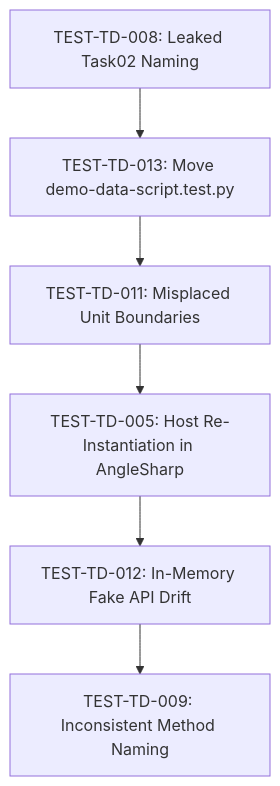
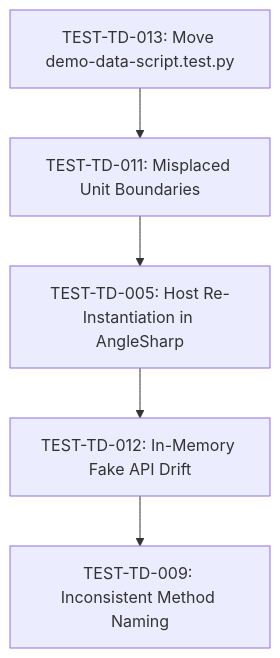
One commit to ColmKenna/Field-Sales changed the diagram in docs/test-technical-debt-backlog.md. Above: the diagram before and after it, drawn with Mermaid. The commit also changed other lines of this file, not shown here.

Commit message:
docs: record TEST-TD-008 completion in test technical debt backlog

````diff
--- a/docs/test-technical-debt-backlog.md
+++ b/docs/test-technical-debt-backlog.md
@@ -86,8 +87,7 @@
 ```mermaid
 graph TD
-    A["TEST-TD-008: Leaked Task02 Naming"] --> B["TEST-TD-013: Move demo-data-script.test.py"]
-    B --> C["TEST-TD-011: Misplaced Unit Boundaries"]
-    C --> D["TEST-TD-005: Host Re-Instantiation in AngleSharp"]
-    D --> E["TEST-TD-012: In-Memory Fake API Drift"]
-    E --> F["TEST-TD-009: Inconsistent Method Naming"]
+    A["TEST-TD-013: Move demo-data-script.test.py"] --> B["TEST-TD-011: Misplaced Unit Boundaries"]
+    B --> C["TEST-TD-005: Host Re-Instantiation in AngleSharp"]
+    C --> D["TEST-TD-012: In-Memory Fake API Drift"]
+    D --> E["TEST-TD-009: Inconsistent Method Naming"]
 ```
````
